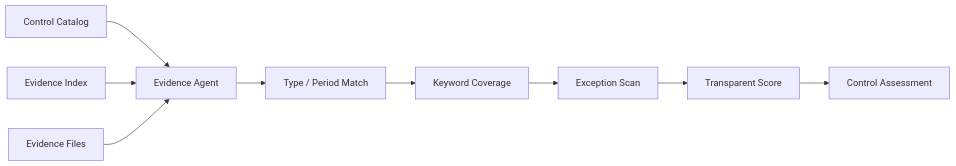
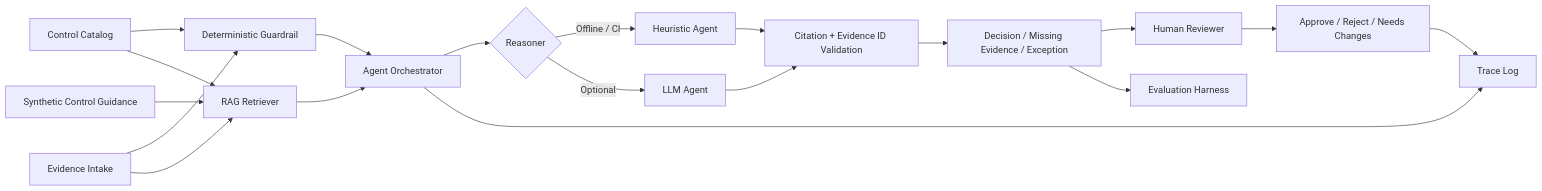
Before and after one commit to seoyeonglee/audit-evidence-agent: the diagram in README.md, drawn with Mermaid. The commit also changed other lines of this file and 15 other files, not shown here.

First line of the commit message:
Upgrade audit evidence agent with RAG, HITL, evaluation, and traceability

````diff
--- a/README.md
+++ b/README.md
@@ -24,11 +23,21 @@
 ```mermaid
 flowchart LR
-    A[Control Catalog] --> D[Evidence Agent]
-    B[Evidence Index] --> D
-    C[Evidence Files] --> D
-    D --> E[Type / Period Match]
-    E --> F[Keyword Coverage]
-    F --> G[Exception Scan]
-    G --> H[Transparent Score]
-    H --> I[Control Assessment]
+    A[Control Catalog] --> G[Deterministic Guardrail]
+    B[Evidence Intake] --> G
+    C[Synthetic Control Guidance] --> R[RAG Retriever]
+    A --> R
+    B --> R
+    G --> X[Agent Orchestrator]
+    R --> X
+    X --> L{Reasoner}
+    L -->|Offline / CI| H[Heuristic Agent]
+    L -->|Optional| O[LLM Agent]
+    H --> V[Citation + Evidence ID Validation]
+    O --> V
+    V --> D[Decision / Missing Evidence / Exception]
+    D --> U[Human Reviewer]
+    U --> F[Approve / Reject / Needs Changes]
+    X --> T[Trace Log]
+    F --> T
+    D --> E[Evaluation Harness]
 ```
````
